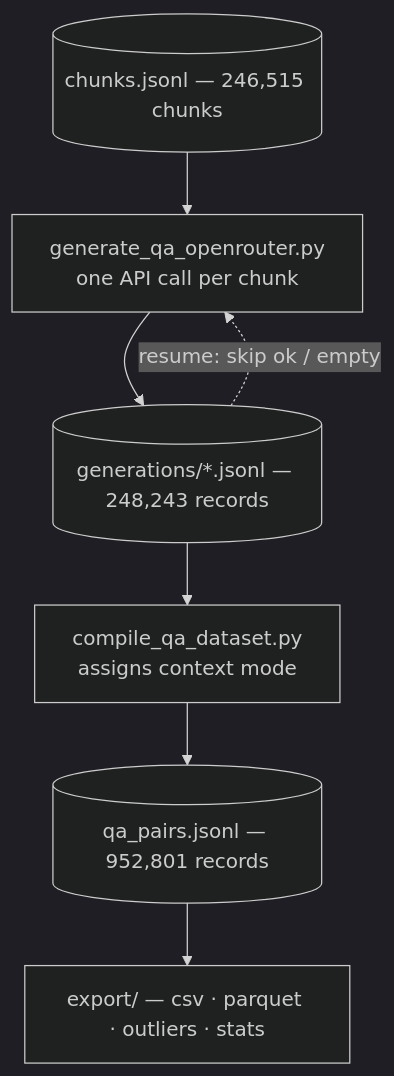
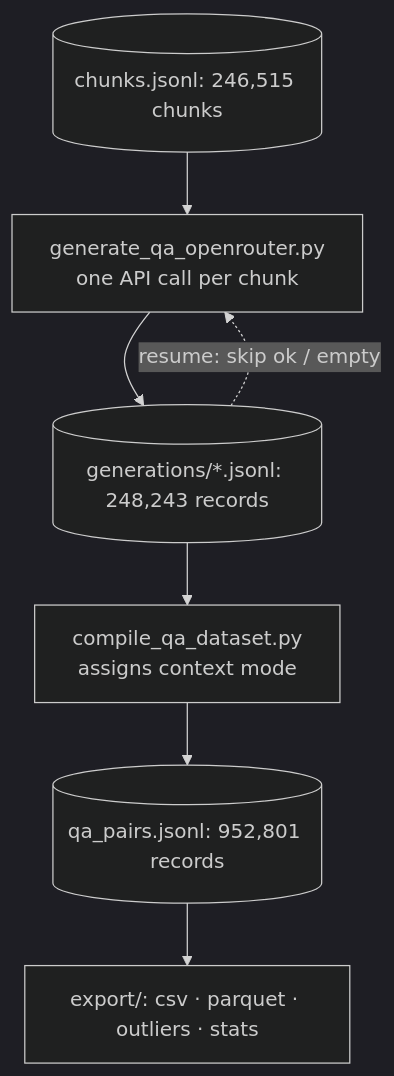
One commit to SawabS/Bahdini_Crawler changed the first of 3 diagrams in qa_generation/report/qa_generation_report.md. Above: the diagram before and after it, drawn with Mermaid (dark theme). The commit also changed other lines of this file and 6 other files, not shown here.

````diff
--- a/qa_generation/report/qa_generation_report.md
+++ b/qa_generation/report/qa_generation_report.md
@@ -146,9 +146,9 @@
 ```mermaid
 flowchart TD
-    A[("chunks.jsonl — 246,515 chunks")] --> B["generate_qa_openrouter.py<br/>one API call per chunk"]
-    B --> C[("generations/*.jsonl — 248,243 records")]
+    A[("chunks.jsonl: 246,515 chunks")] --> B["generate_qa_openrouter.py<br/>one API call per chunk"]
+    B --> C[("generations/*.jsonl: 248,243 records")]
     C --> D["compile_qa_dataset.py<br/>assigns context mode"]
-    D --> E[("qa_pairs.jsonl — 952,801 records")]
-    E --> F["export/ — csv · parquet · outliers · stats"]
+    D --> E[("qa_pairs.jsonl: 952,801 records")]
+    E --> F["export/: csv · parquet · outliers · stats"]
     C -. "resume: skip ok / empty" .-> B
 ```
````
